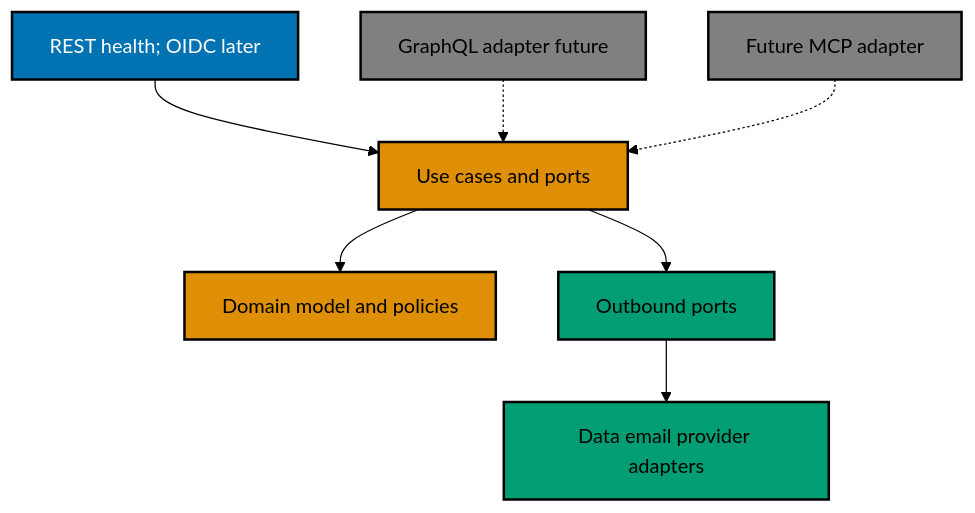
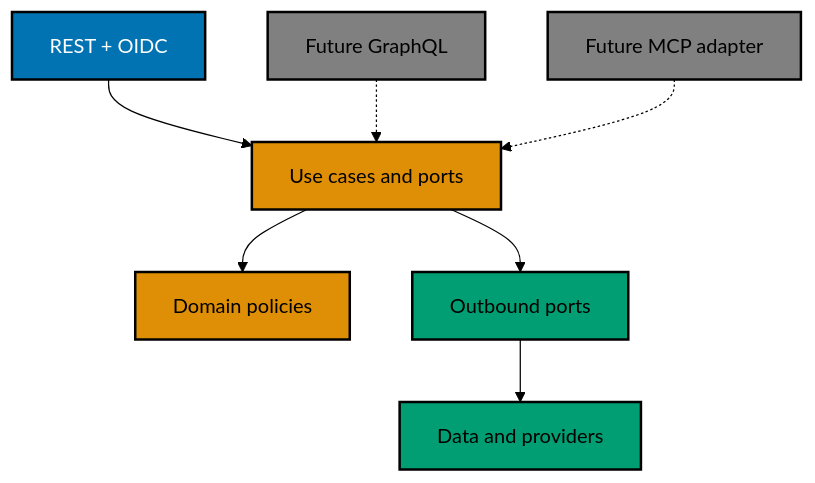
Before and after one commit to wahidyankf/ose-public: the second of 2 diagrams in plans/backlog/ose-id-init-01-foundation/tech-docs/001-system-boundaries-and-project-topology.md, drawn with Mermaid (forest theme). The commit also changed 3 other files, not shown here.

````diff
--- a/plans/backlog/ose-id-init-01-foundation/tech-docs/001-system-boundaries-and-project-topology.md
+++ b/plans/backlog/ose-id-init-01-foundation/tech-docs/001-system-boundaries-and-project-topology.md
@@ -88,20 +88,20 @@
 ```mermaid
 flowchart TD
   accTitle: OSE ID backend hexagonal boundary
   accDescr: Plan 01 REST health and later Plan 04 OIDC adapters enter the same application boundary. Future GraphQL resolvers and Model Context Protocol tools may reuse it. Application and domain policy call outbound ports implemented by infrastructure adapters.
-  REST["REST health; OIDC later"] --> APP["Use cases and ports"]
-  GQL["GraphQL adapter future"] -.-> APP
+  REST["REST + OIDC"] --> APP["Use cases and ports"]
+  GQL["Future GraphQL"] -.-> APP
   MCP["Future MCP adapter"] -.-> APP
-  APP --> DOM["Domain model and policies"]
+  APP --> DOM["Domain policies"]
   APP --> OUT["Outbound ports"]
-  OUT --> INF["Data email provider adapters"]
+  OUT --> INF["Data and providers"]
 
   classDef current fill:#0173B2,stroke:#000000,color:#FFFFFF,stroke-width:2px
   classDef future fill:#808080,stroke:#000000,color:#000000,stroke-width:2px
   classDef core fill:#DE8F05,stroke:#000000,color:#000000,stroke-width:2px
   classDef adapter fill:#029E73,stroke:#000000,color:#000000,stroke-width:2px
   class REST current
   class GQL,MCP future
   class APP,DOM core
   class OUT,INF adapter
 ```
````
